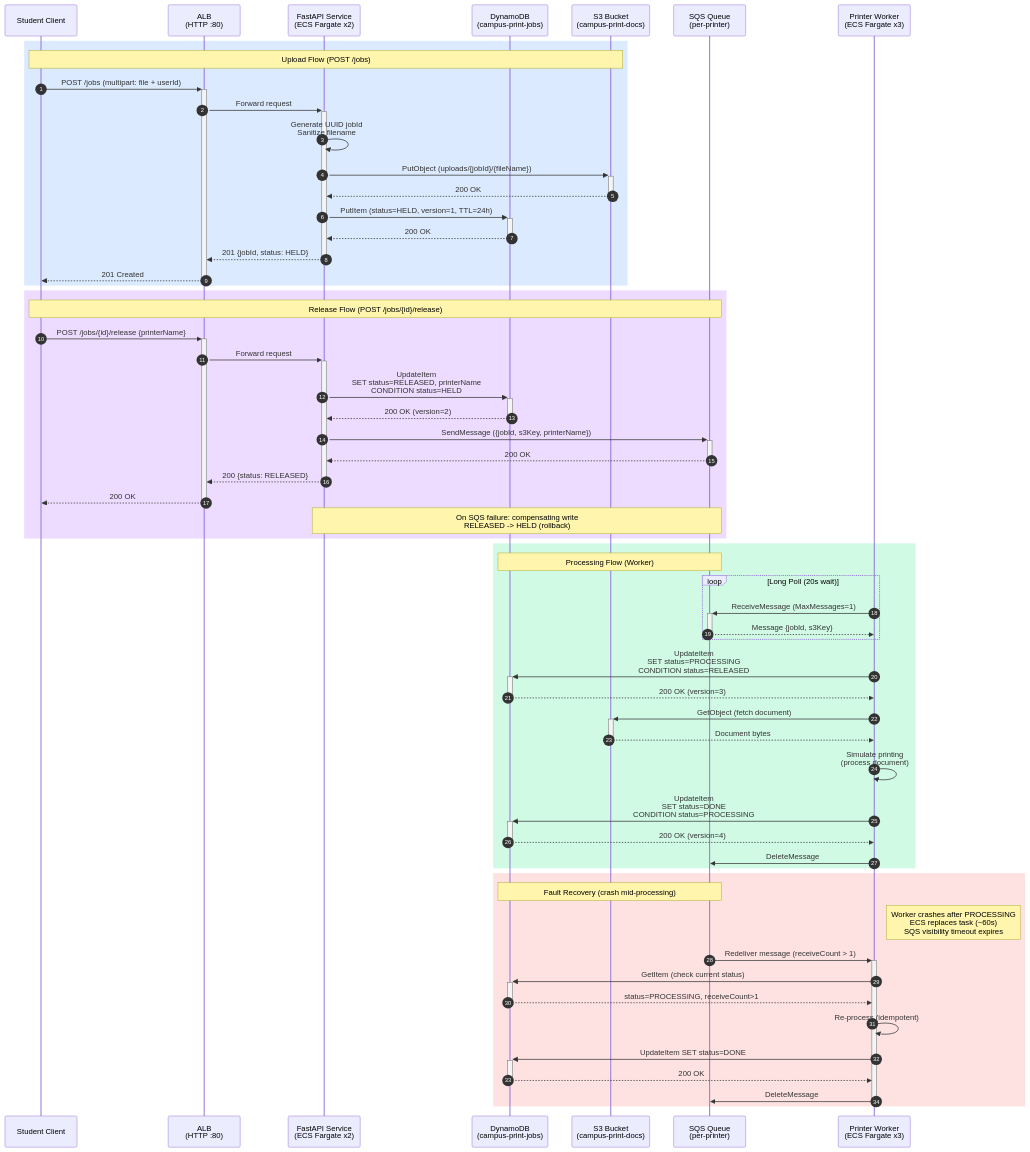
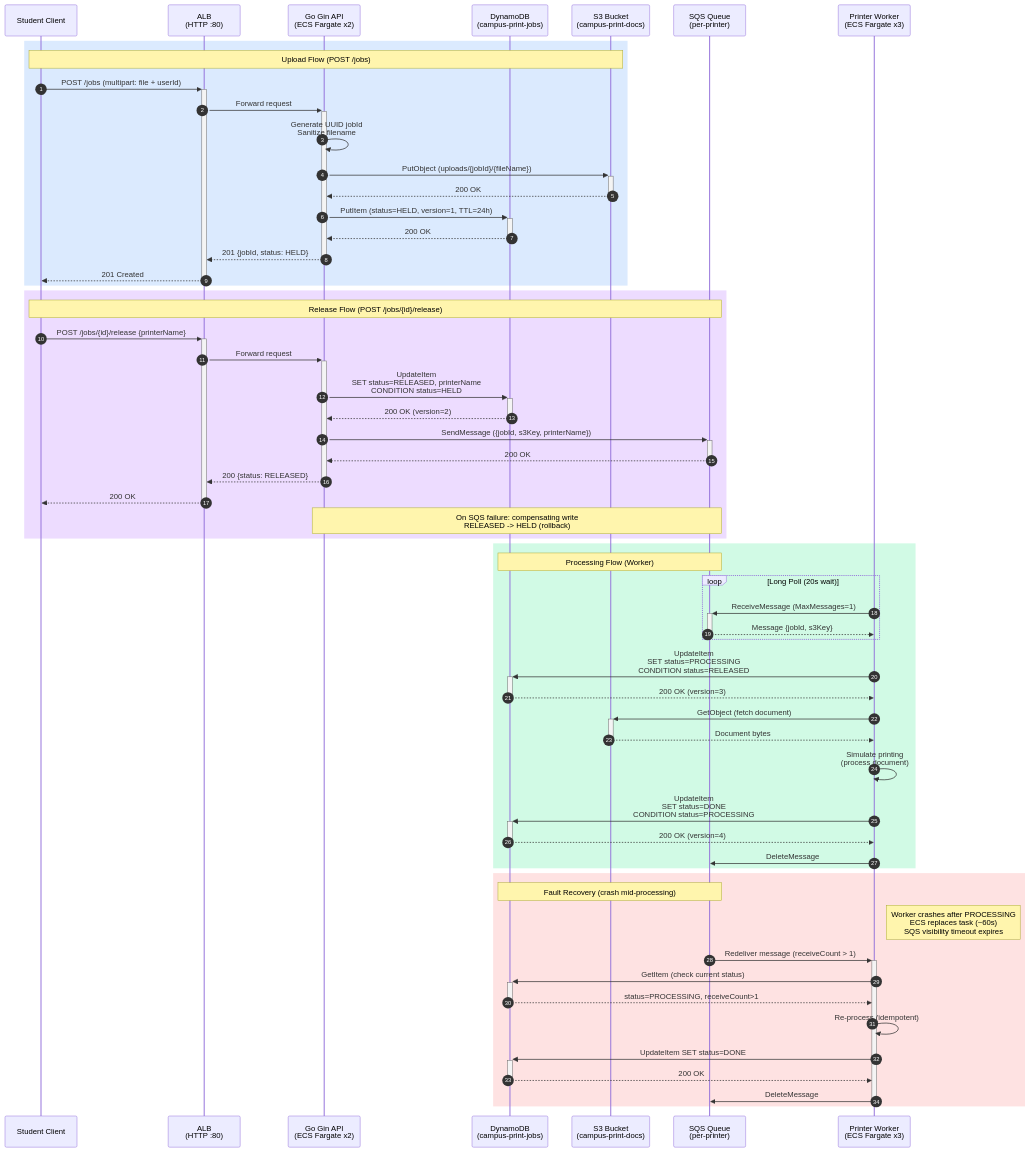
Before and after one commit to anandms101/Campus-Cloud-Print-Queue: the diagram in docs/mermaid/data-flow.mmd, drawn with Mermaid. The commit also changed 46 other files, not shown here.

First line of the commit message:
Migrate to Go Gin as sole API, add resilience patterns, remove FastAPI

```diff
--- a/docs/mermaid/data-flow.mmd
+++ b/docs/mermaid/data-flow.mmd
@@ -1,64 +1,64 @@
 sequenceDiagram
     autonumber
     participant C as Student Client
     participant ALB as ALB<br/>(HTTP :80)
-    participant API as FastAPI Service<br/>(ECS Fargate x2)
+    participant API as Go Gin API<br/>(ECS Fargate x2)
     participant DDB as DynamoDB<br/>(campus-print-jobs)
     participant S3 as S3 Bucket<br/>(campus-print-docs)
     participant SQS as SQS Queue<br/>(per-printer)
     participant W as Printer Worker<br/>(ECS Fargate x3)
 
     rect rgb(219, 234, 254)
         Note over C,S3: Upload Flow (POST /jobs)
         C->>+ALB: POST /jobs (multipart: file + userId)
         ALB->>+API: Forward request
         API->>API: Generate UUID jobId<br/>Sanitize filename
         API->>+S3: PutObject (uploads/{jobId}/{fileName})
         S3-->>-API: 200 OK
         API->>+DDB: PutItem (status=HELD, version=1, TTL=24h)
         DDB-->>-API: 200 OK
         API-->>-ALB: 201 {jobId, status: HELD}
         ALB-->>-C: 201 Created
     end
 
     rect rgb(237, 220, 255)
         Note over C,SQS: Release Flow (POST /jobs/{id}/release)
         C->>+ALB: POST /jobs/{id}/release {printerName}
         ALB->>+API: Forward request
         API->>+DDB: UpdateItem<br/>SET status=RELEASED, printerName<br/>CONDITION status=HELD
         DDB-->>-API: 200 OK (version=2)
         API->>+SQS: SendMessage ({jobId, s3Key, printerName})
         SQS-->>-API: 200 OK
         API-->>-ALB: 200 {status: RELEASED}
         ALB-->>-C: 200 OK
 
         Note over API,SQS: On SQS failure: compensating write<br/>RELEASED -> HELD (rollback)
     end
 
     rect rgb(209, 250, 229)
         Note over SQS,DDB: Processing Flow (Worker)
         loop Long Poll (20s wait)
             W->>+SQS: ReceiveMessage (MaxMessages=1)
             SQS-->>-W: Message {jobId, s3Key}
         end
         W->>+DDB: UpdateItem<br/>SET status=PROCESSING<br/>CONDITION status=RELEASED
         DDB-->>-W: 200 OK (version=3)
         W->>+S3: GetObject (fetch document)
         S3-->>-W: Document bytes
         W->>W: Simulate printing<br/>(process document)
         W->>+DDB: UpdateItem<br/>SET status=DONE<br/>CONDITION status=PROCESSING
         DDB-->>-W: 200 OK (version=4)
         W->>SQS: DeleteMessage
     end
 
     rect rgb(254, 226, 226)
         Note over SQS,DDB: Fault Recovery (crash mid-processing)
         Note right of W: Worker crashes after PROCESSING<br/>ECS replaces task (~60s)<br/>SQS visibility timeout expires
         SQS->>+W: Redeliver message (receiveCount > 1)
         W->>+DDB: GetItem (check current status)
         DDB-->>-W: status=PROCESSING, receiveCount>1
         W->>W: Re-process (idempotent)
         W->>+DDB: UpdateItem SET status=DONE
         DDB-->>-W: 200 OK
         W->>-SQS: DeleteMessage
     end
```
